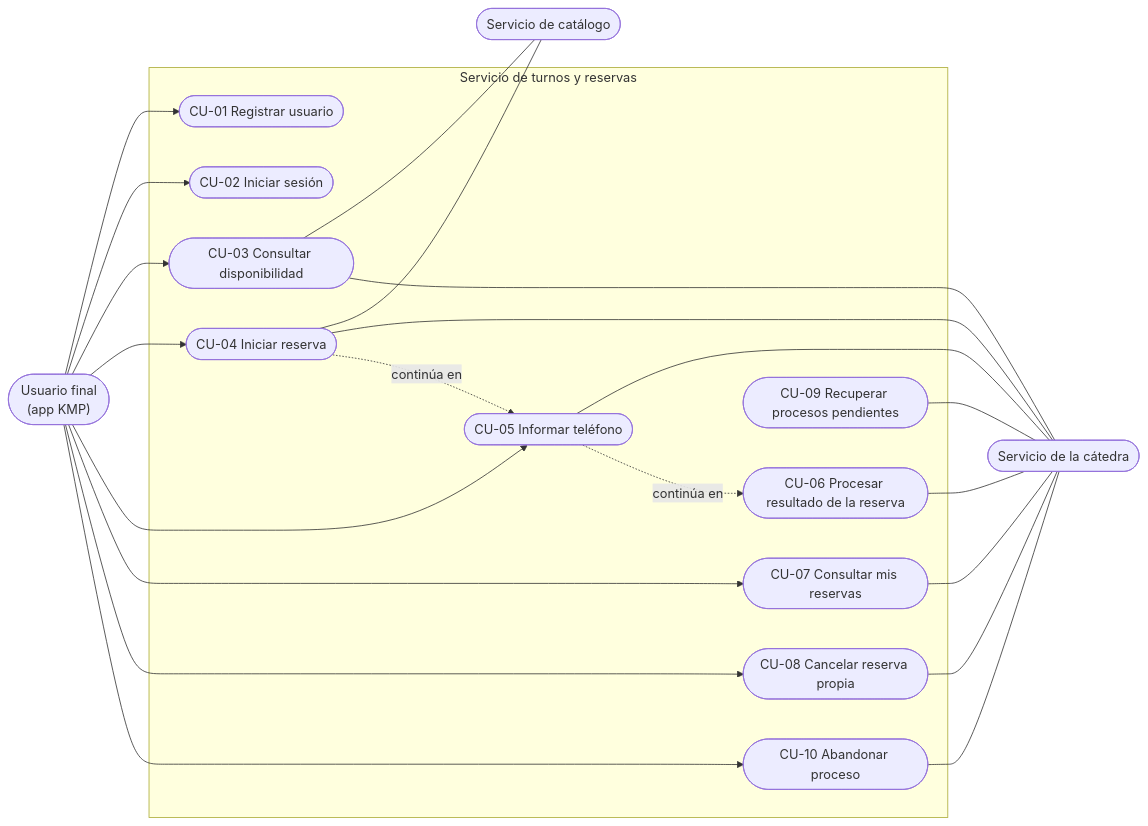
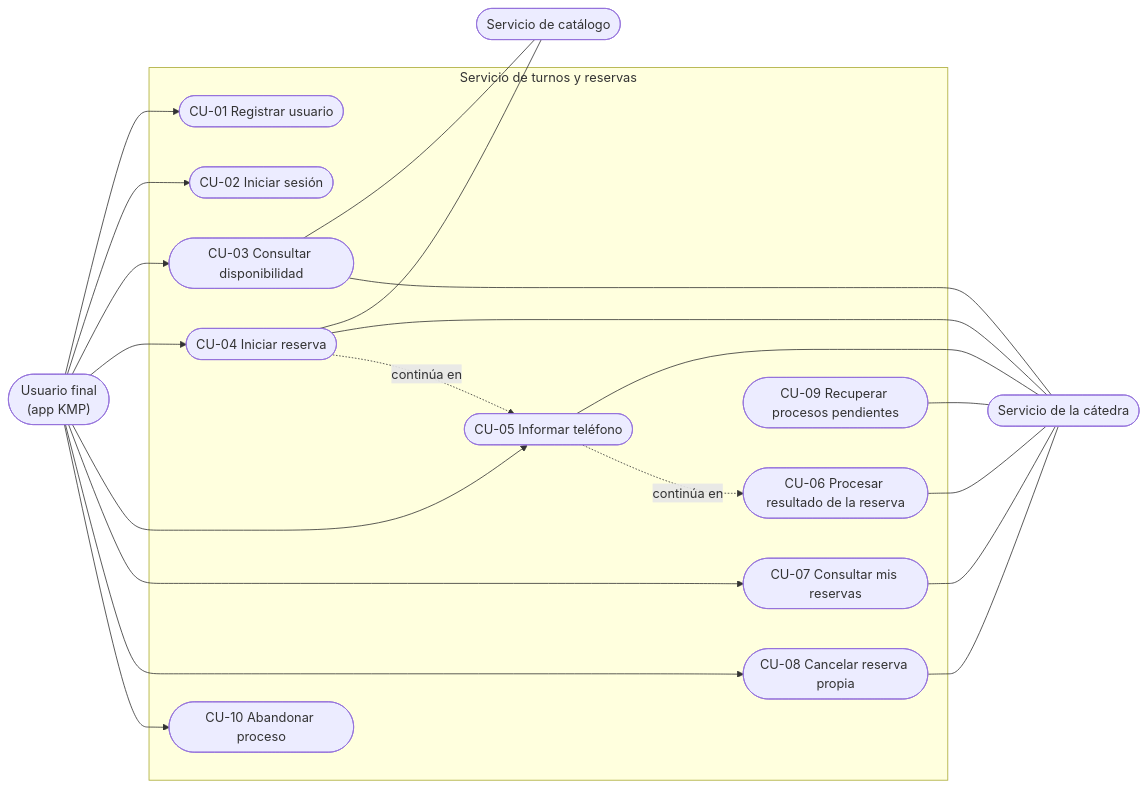
Before and after one commit to Tejada-ProgramacionII/turnos-reservas-service: the first of 2 diagrams in docs/casos-de-uso/README.md, drawn with Mermaid. The commit also changed other lines of this file and 1 other file, not shown here.

````diff
--- a/docs/casos-de-uso/README.md
+++ b/docs/casos-de-uso/README.md
@@ -23,40 +23,39 @@
 ```mermaid
 flowchart LR
     usuario(["Usuario final<br/>(app KMP)"])
     catalogo(["Servicio de catálogo"])
     catedra(["Servicio de la cátedra"])
 
     subgraph turnos["Servicio de turnos y reservas"]
         cu01(["CU-01 Registrar usuario"])
         cu02(["CU-02 Iniciar sesión"])
         cu03(["CU-03 Consultar disponibilidad"])
         cu04(["CU-04 Iniciar reserva"])
         cu05(["CU-05 Informar teléfono"])
         cu06(["CU-06 Procesar resultado de la reserva"])
         cu07(["CU-07 Consultar mis reservas"])
         cu08(["CU-08 Cancelar reserva propia"])
         cu09(["CU-09 Recuperar procesos pendientes"])
         cu10(["CU-10 Abandonar proceso"])
     end
 
     usuario --> cu01
     usuario --> cu02
     usuario --> cu03
     usuario --> cu04
     usuario --> cu05
     usuario --> cu07
     usuario --> cu08
     usuario --> cu10
     cu03 --- catalogo
     cu04 --- catalogo
     cu03 --- catedra
     cu04 --- catedra
     cu05 --- catedra
     cu06 --- catedra
     cu07 --- catedra
     cu08 --- catedra
     cu09 --- catedra
-    cu10 --- catedra
     cu04 -.->|continúa en| cu05
     cu05 -.->|continúa en| cu06
 ```
````
